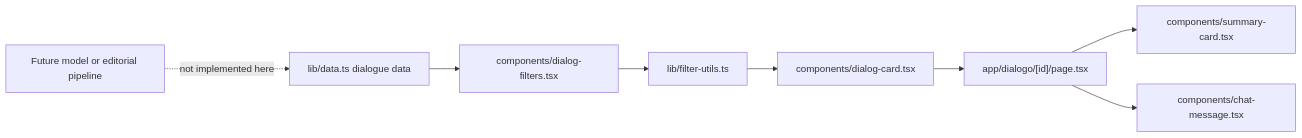
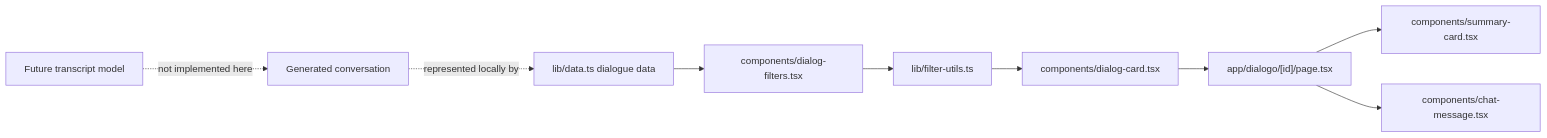
Before and after one commit to rckbrcls/dialogoi-web: the second of 2 diagrams in README.md, drawn with Mermaid. The commit also changed other lines of this file, not shown here.

Commit message:
docs: clarify transcript model interface

````diff
--- a/README.md
+++ b/README.md
@@ -143,10 +151,11 @@
 ```mermaid
 flowchart LR
-  A["Future model or editorial pipeline"] -. "not implemented here" .-> B["lib/data.ts dialogue data"]
-  B --> C["components/dialog-filters.tsx"]
-  C --> D["lib/filter-utils.ts"]
-  D --> E["components/dialog-card.tsx"]
-  E --> F["app/dialogo/[id]/page.tsx"]
-  F --> G["components/summary-card.tsx"]
-  F --> H["components/chat-message.tsx"]
+  A["Future transcript model"] -. "not implemented here" .-> B["Generated conversation"]
+  B -. "represented locally by" .-> C["lib/data.ts dialogue data"]
+  C --> D["components/dialog-filters.tsx"]
+  D --> E["lib/filter-utils.ts"]
+  E --> F["components/dialog-card.tsx"]
+  F --> G["app/dialogo/[id]/page.tsx"]
+  G --> H["components/summary-card.tsx"]
+  G --> I["components/chat-message.tsx"]
 ```
````
